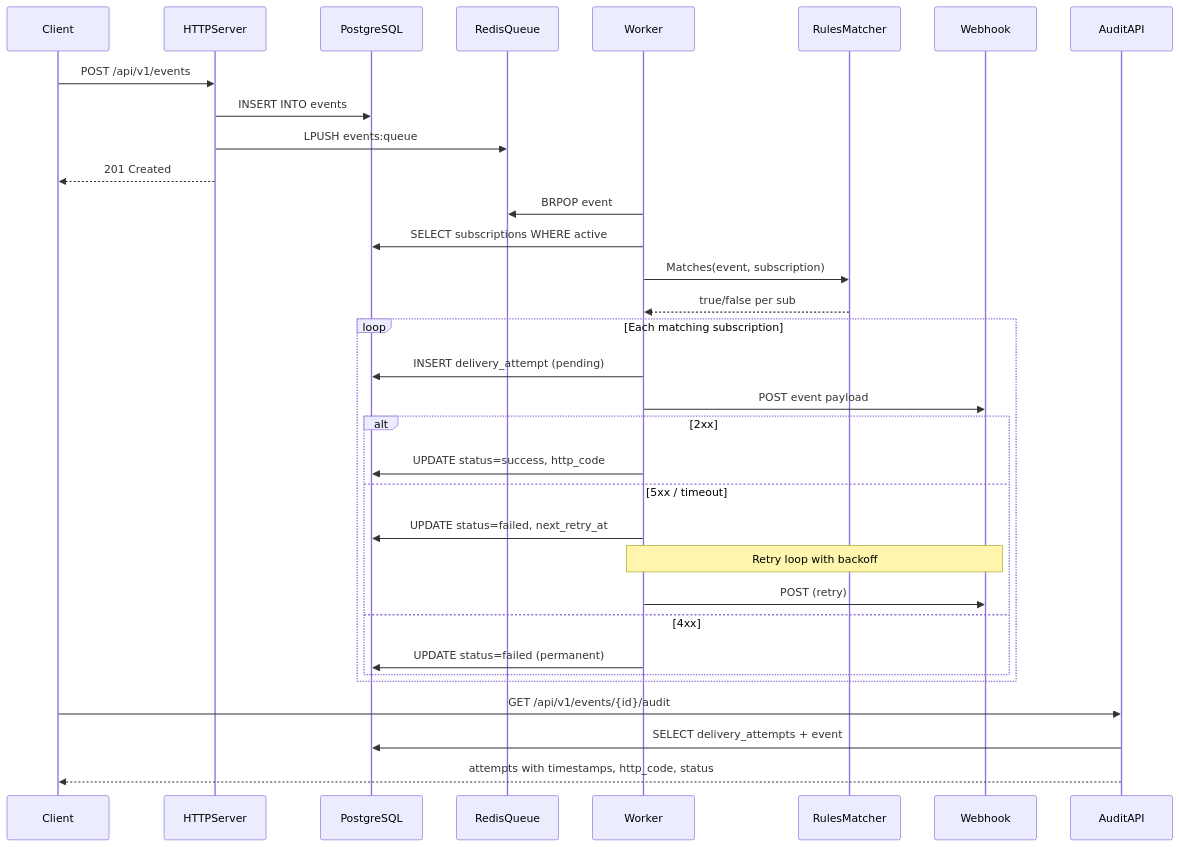
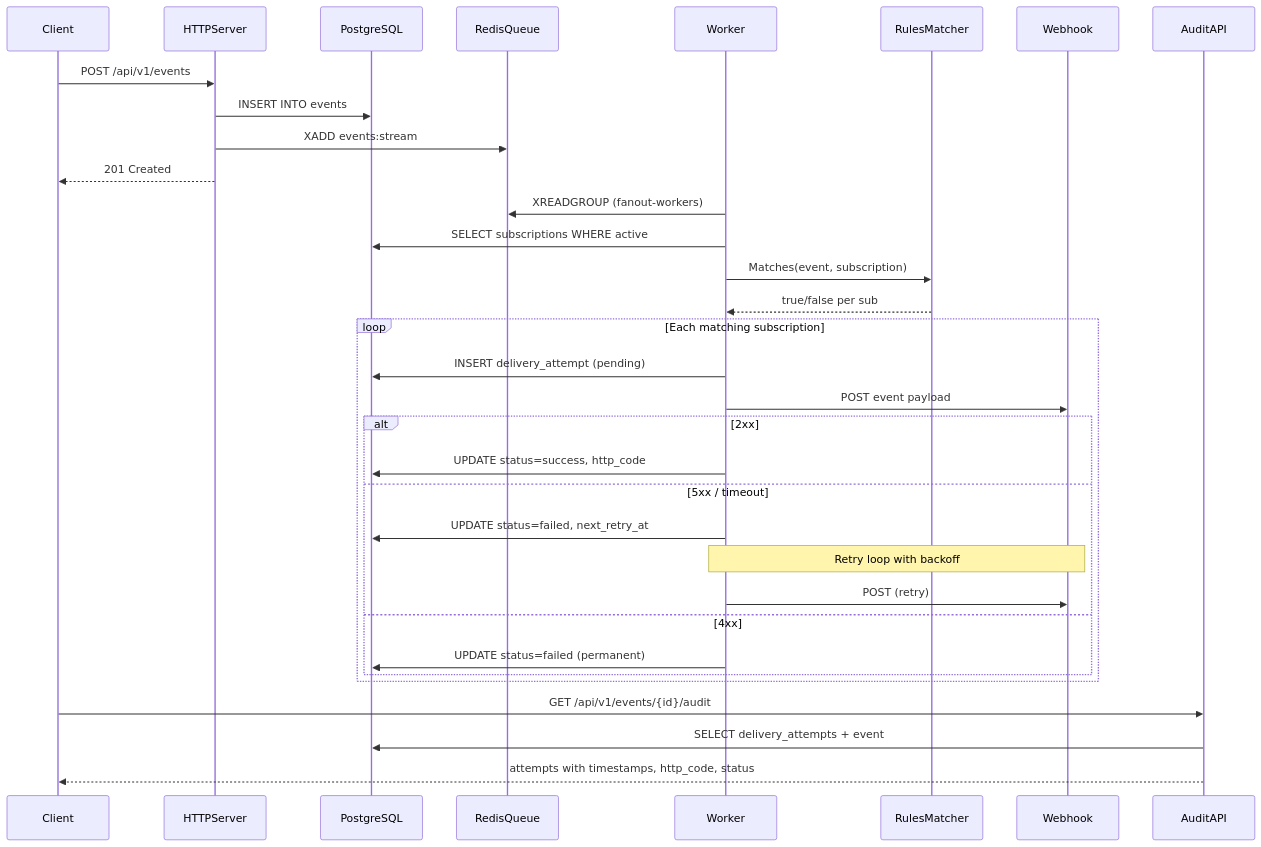
Before and after one commit to shwetaudacious/event-fanout: the second of 5 diagrams in docs/architecture.md, drawn with Mermaid. The commit also changed other lines of this file and 17 other files, not shown here.

First line of the commit message:
Migrate fanout queue to Redis Streams for DOKS production deploy.

````diff
--- a/docs/architecture.md
+++ b/docs/architecture.md
@@ -59,39 +59,39 @@
 ```mermaid
 sequenceDiagram
     participant Client
     participant API as HTTPServer
     participant DB as PostgreSQL
     participant Redis as RedisQueue
     participant Worker
     participant Matcher as RulesMatcher
     participant Webhook
     participant Audit as AuditAPI
 
     Client->>API: POST /api/v1/events
     API->>DB: INSERT INTO events
-    API->>Redis: LPUSH events:queue
+    API->>Redis: XADD events:stream
     API-->>Client: 201 Created
 
-    Worker->>Redis: BRPOP event
+    Worker->>Redis: XREADGROUP (fanout-workers)
     Worker->>DB: SELECT subscriptions WHERE active
     Worker->>Matcher: Matches(event, subscription)
     Matcher-->>Worker: true/false per sub
 
     loop Each matching subscription
         Worker->>DB: INSERT delivery_attempt (pending)
         Worker->>Webhook: POST event payload
         alt 2xx
             Worker->>DB: UPDATE status=success, http_code
         else 5xx / timeout
             Worker->>DB: UPDATE status=failed, next_retry_at
             Note over Worker,Webhook: Retry loop with backoff
             Worker->>Webhook: POST (retry)
         else 4xx
             Worker->>DB: UPDATE status=failed (permanent)
         end
     end
 
     Client->>Audit: GET /api/v1/events/{id}/audit
     Audit->>DB: SELECT delivery_attempts + event
     Audit-->>Client: attempts with timestamps, http_code, status
 ```
````
